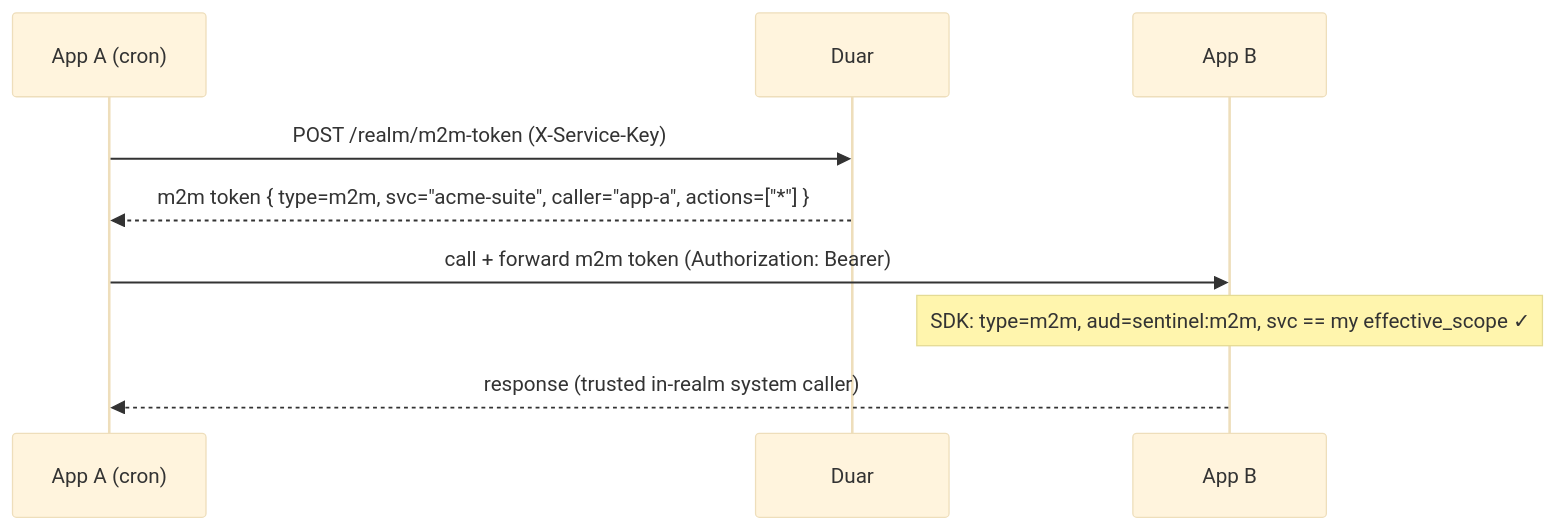
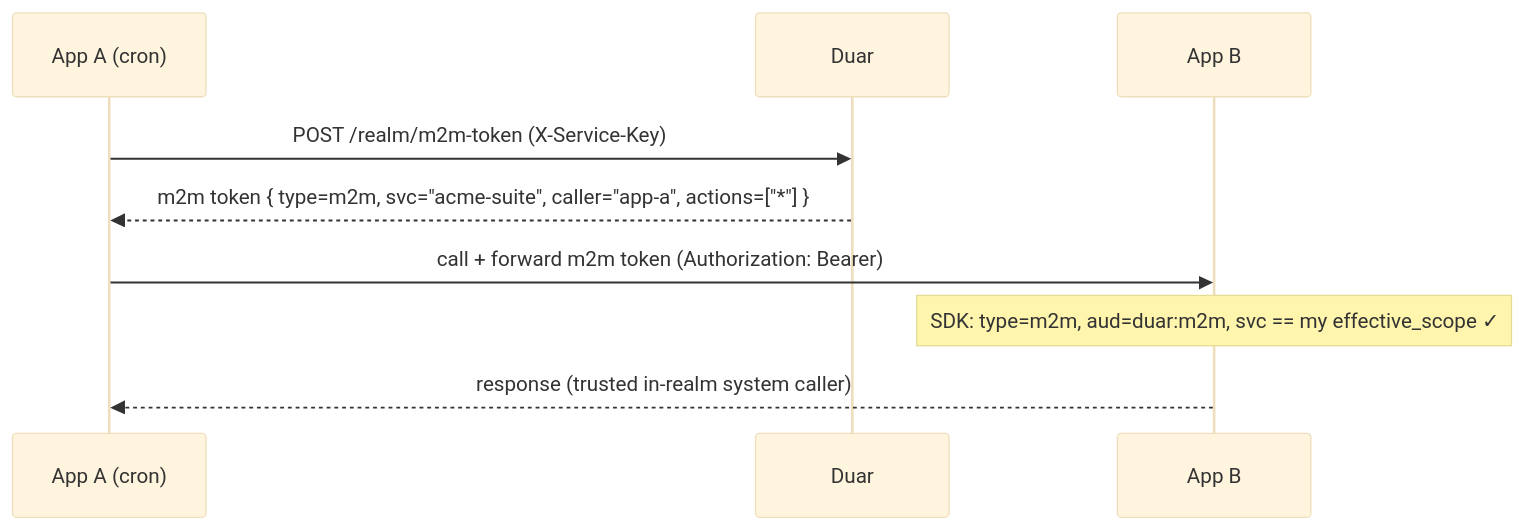
Before and after one commit to sidxz/duar: the second of 2 diagrams in docs/guide/realms.md, drawn with Mermaid (base theme). The commit also changed other lines of this file and 53 other files, not shown here.

First line of the commit message:
chore!: rename JWT audiences sentinel:* → duar:*

````diff
--- a/docs/guide/realms.md
+++ b/docs/guide/realms.md
@@ -55,11 +55,11 @@
 ```mermaid
 sequenceDiagram
     participant A as App A (cron)
     participant S as Duar
     participant B as App B
     A->>S: POST /realm/m2m-token (X-Service-Key)
     S-->>A: m2m token { type=m2m, svc="acme-suite", caller="app-a", actions=["*"] }
     A->>B: call + forward m2m token (Authorization: Bearer)
-    Note over B: SDK: type=m2m, aud=sentinel:m2m, svc == my effective_scope ✓
+    Note over B: SDK: type=m2m, aud=duar:m2m, svc == my effective_scope ✓
     B-->>A: response (trusted in-realm system caller)
 ```
````
